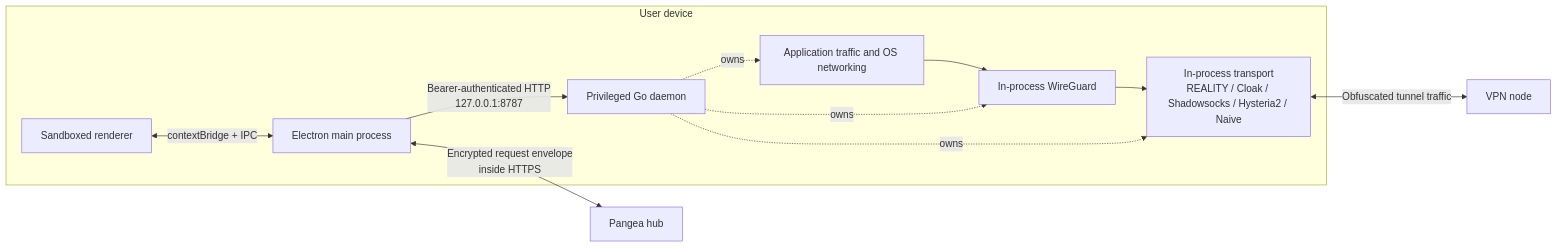
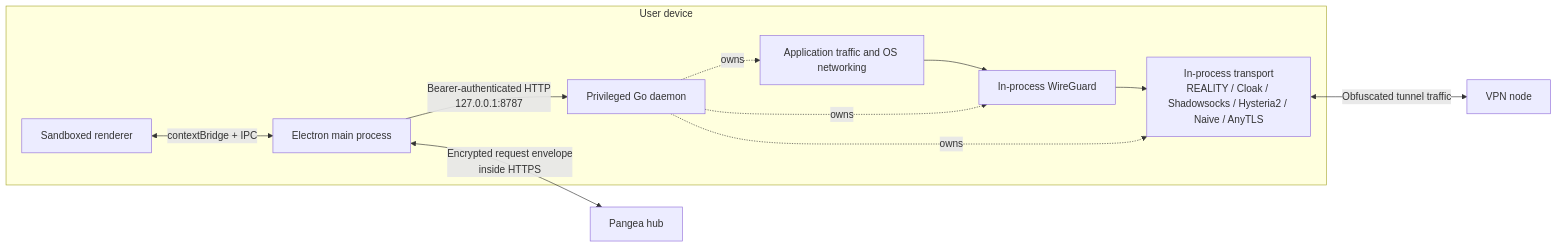
One commit to pangeavpn/pangeavpn-app changed the first of 3 diagrams in docs/architecture.md. Above: the diagram before and after it, drawn with Mermaid. The commit also changed other lines of this file and 44 other files, not shown here.

````diff
--- a/docs/architecture.md
+++ b/docs/architecture.md
@@ -42,15 +42,15 @@
 ```mermaid
 flowchart LR
     subgraph Device[User device]
         Renderer[Sandboxed renderer] <-->|contextBridge + IPC| Main[Electron main process]
         Main -->|Bearer-authenticated HTTP<br/>127.0.0.1:8787| Daemon[Privileged Go daemon]
         OS[Application traffic and OS networking] --> WG[In-process WireGuard]
-        WG --> Transport[In-process transport<br/>REALITY / Cloak / Shadowsocks / Hysteria2 / Naive]
+        WG --> Transport[In-process transport<br/>REALITY / Cloak / Shadowsocks / Hysteria2 / Naive / AnyTLS]
         Daemon -. owns .-> OS
         Daemon -. owns .-> WG
         Daemon -. owns .-> Transport
     end
 
     Main <-->|Encrypted request envelope<br/>inside HTTPS| Hub[Pangea hub]
     Transport <-->|Obfuscated tunnel traffic| Node[VPN node]
 ```
````
